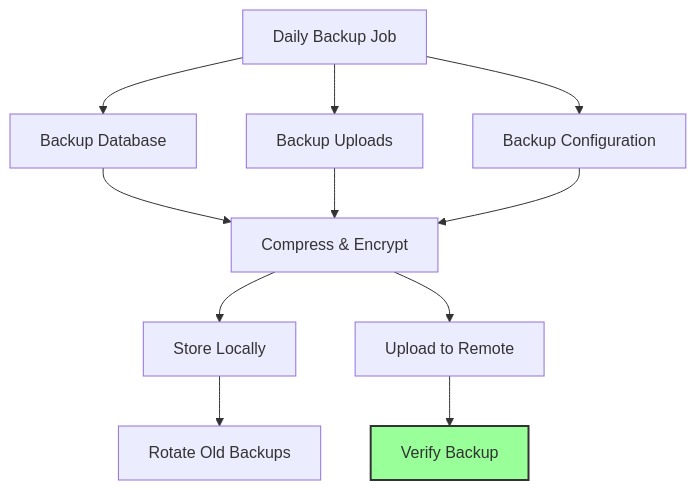
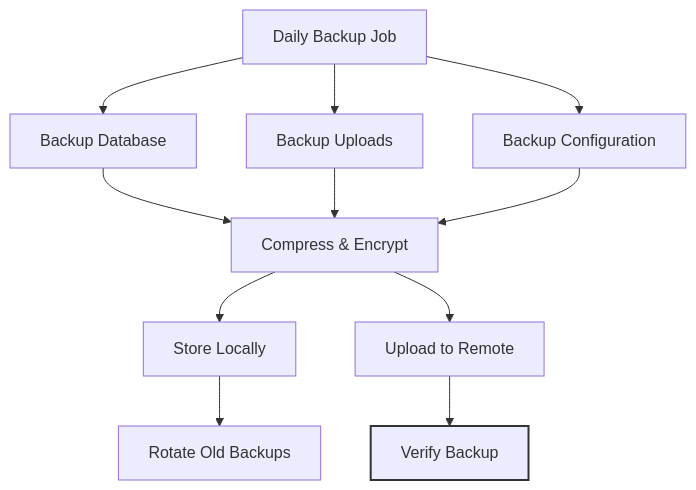
One commit to dacorisdata/dacoris changed the seventh of 7 diagrams in LINUX_DEPLOYMENT_GUIDE.md. Above: the diagram before and after it, drawn with Mermaid. The commit also changed other lines of this file, not shown here.

Commit message:
Update Mermaid diagram colors for better contrast and readability

````diff
--- a/LINUX_DEPLOYMENT_GUIDE.md
+++ b/LINUX_DEPLOYMENT_GUIDE.md
@@ -842,18 +842,18 @@
 ```mermaid
 graph TB
     A[Daily Backup Job] --> B[Backup Database]
     A --> C[Backup Uploads]
     A --> D[Backup Configuration]
     
     B --> E[Compress & Encrypt]
     C --> E
     D --> E
     
     E --> F[Store Locally]
     E --> G[Upload to Remote]
     
     F --> H[Rotate Old Backups]
     G --> I[Verify Backup]
     
-    style I fill:#9f9,stroke:#333,stroke-width:2px
+    style I fill:##2b7d2b,stroke:#333,stroke-width:2px
 ```
````
